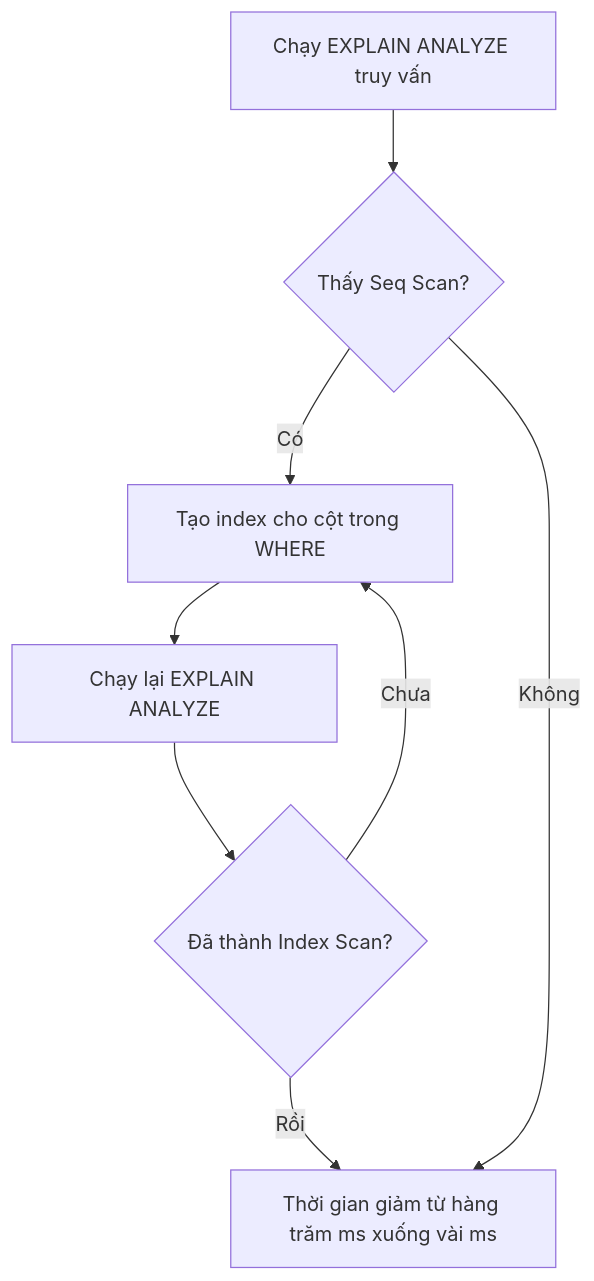
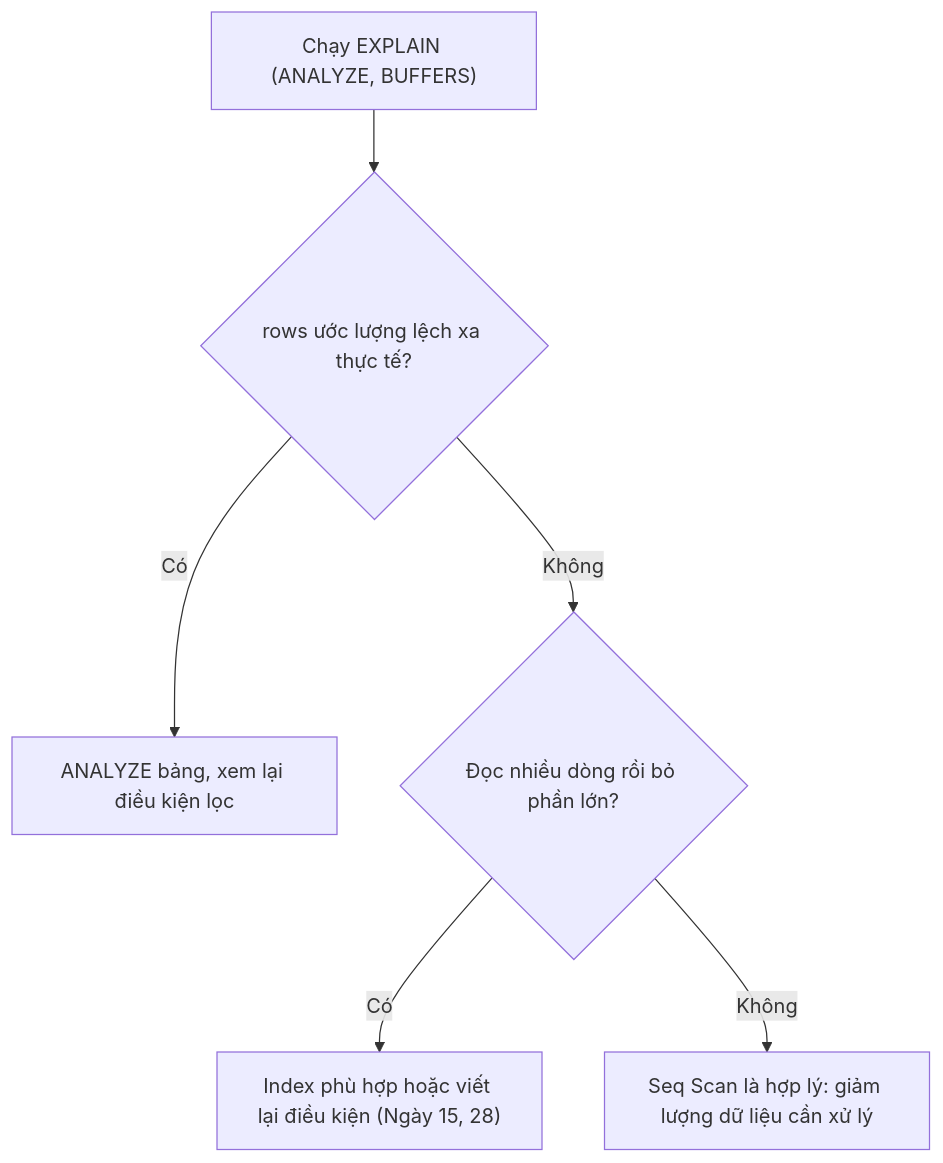
Before and after one commit to TienNHM/sql-challenge: the diagram in lessons/20-query-performance.md, drawn with Mermaid. The commit also changed other lines of this file and 137 other files, not shown here.

````diff
--- a/lessons/20-query-performance.md
+++ b/lessons/20-query-performance.md
@@ -30,10 +560,8 @@
 ```mermaid
 flowchart TD
-    A["Chạy EXPLAIN ANALYZE truy vấn"] --> B{"Thấy Seq Scan?"}
-    B -->|"Có"| C["Tạo index cho cột trong WHERE"]
-    C --> D["Chạy lại EXPLAIN ANALYZE"]
-    D --> E{"Đã thành Index Scan?"}
-    E -->|"Chưa"| C
-    E -->|"Rồi"| F["Thời gian giảm từ hàng trăm ms xuống vài ms"]
-    B -->|"Không"| F
+    A["Chạy EXPLAIN (ANALYZE, BUFFERS)"] --> B{"rows ước lượng lệch xa thực tế?"}
+    B -->|"Có"| C["ANALYZE bảng, xem lại điều kiện lọc"]
+    B -->|"Không"| D{"Đọc nhiều dòng rồi bỏ phần lớn?"}
+    D -->|"Có"| E["Index phù hợp hoặc viết lại điều kiện (Ngày 15, 28)"]
+    D -->|"Không"| F["Seq Scan là hợp lý: giảm lượng dữ liệu cần xử lý"]
 ```
````
